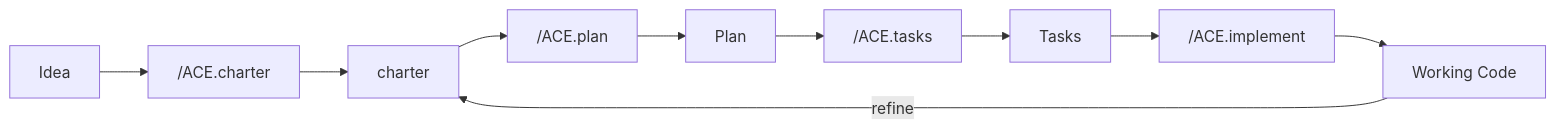
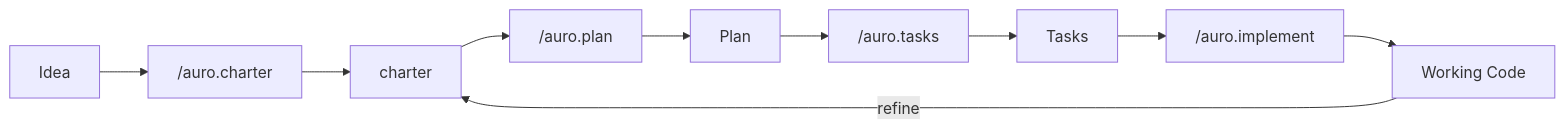
The diagram in src/content/docs/index.mdx (ParkWardRR/weekend-to-release), drawn with Mermaid before and after one commit. The commit also changed other lines of this file and 33 other files, not shown here.

Commit message:
docs: rebrand as Auro and add scaling + architecture templates

````diff
--- a/src/content/docs/index.mdx
+++ b/src/content/docs/index.mdx
@@ -41,12 +41,12 @@
 ```mermaid
 flowchart LR
-    A[Idea] --> B["/ACE.charter"]
+    A[Idea] --> B["/auro.charter"]
     B --> C[charter]
-    C --> D["/ACE.plan"]
+    C --> D["/auro.plan"]
     D --> E[Plan]
-    E --> F["/ACE.tasks"]
+    E --> F["/auro.tasks"]
     F --> G[Tasks]
-    G --> H["/ACE.implement"]
+    G --> H["/auro.implement"]
     H --> I[Working Code]
     I -->|refine| C
 ```
````
